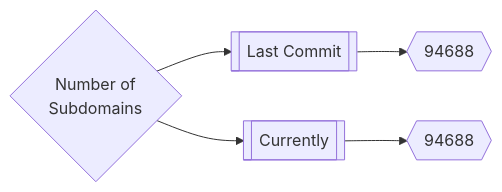
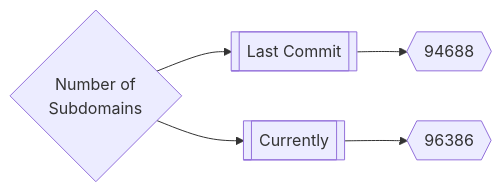
The first of 3 diagrams in README.md (trickest/inventory), drawn with Mermaid before and after one commit. The commit also changed other lines of this file and 105 other files, not shown here.

````diff
--- a/README.md
+++ b/README.md
@@ -165,5 +165,5 @@
 ```mermaid
 graph LR
 title{Number of<br>Subdomains} --> subdomainsDate1[[Last Commit]] --> subdomainsNum1{{94688}}
-title --> subdomainsDate2[[Currently]] --> subdomainsNum2{{94688}}
+title --> subdomainsDate2[[Currently]] --> subdomainsNum2{{96386}}
 ```
````
